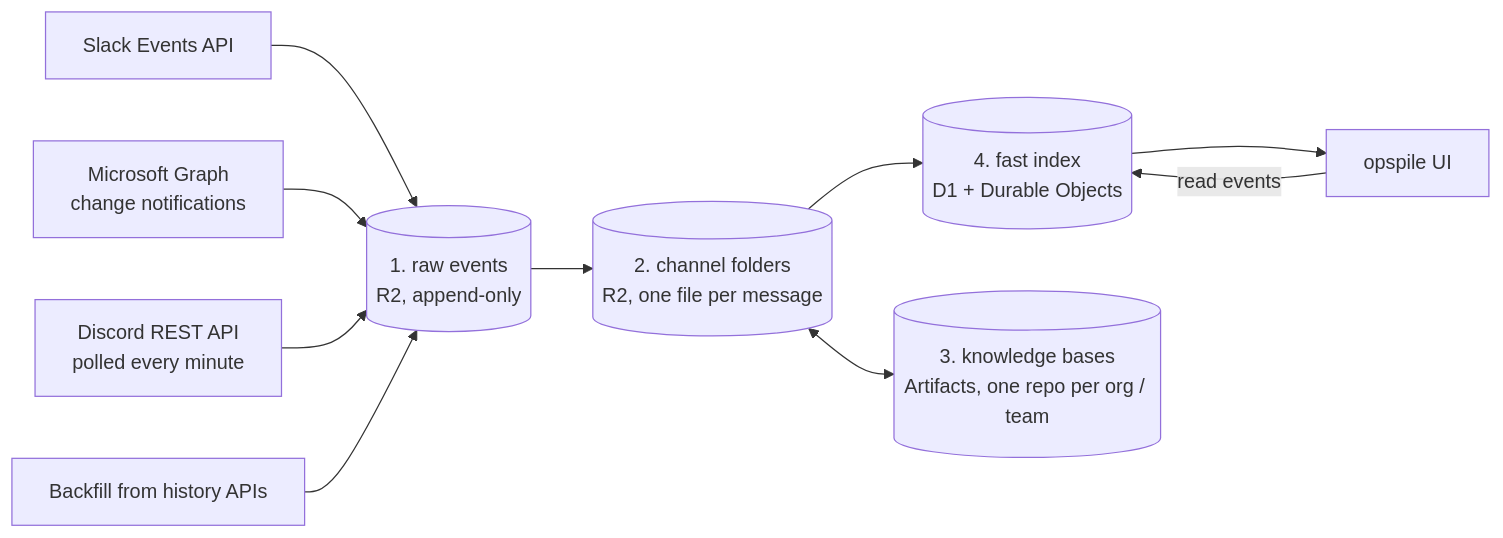
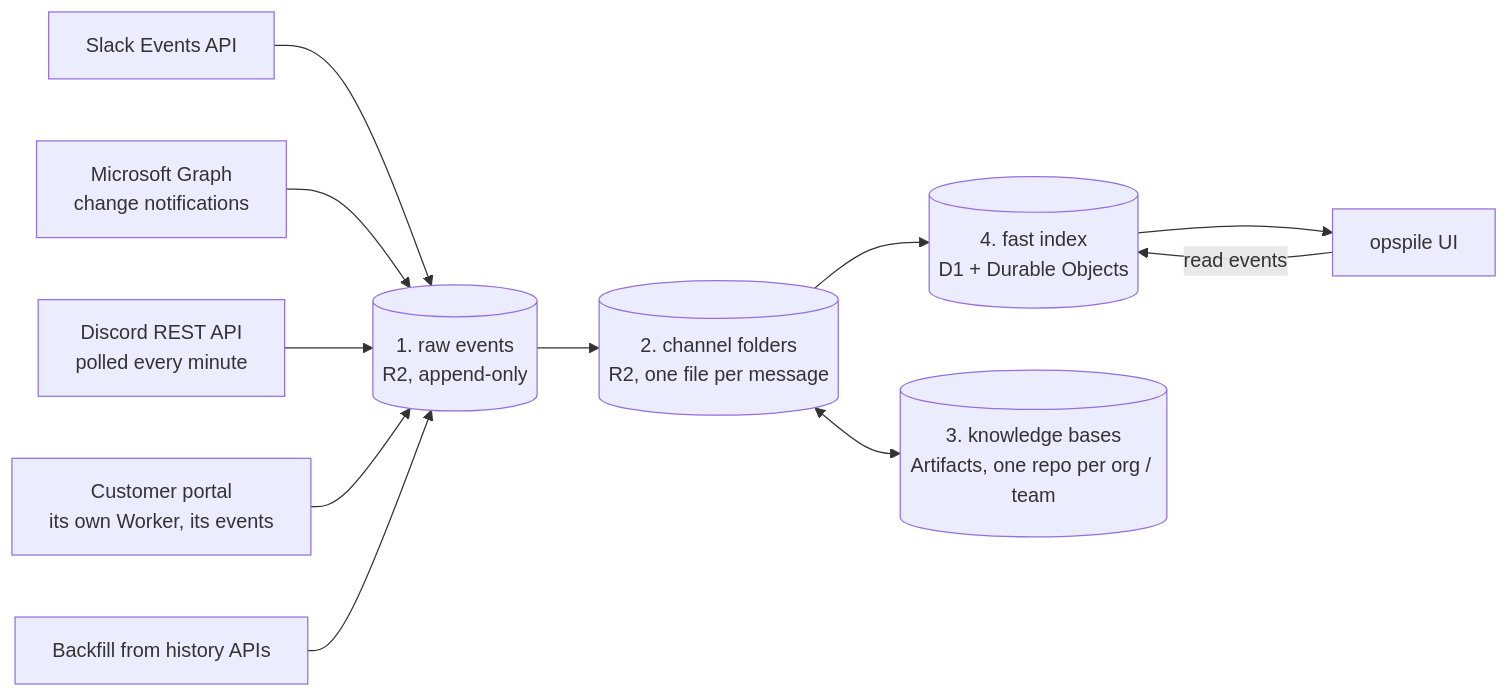
Before and after one commit to adobe/helix-opspile: the first of 2 diagrams in docs/ARCHITECTURE.md, drawn with Mermaid. The commit also changed other lines of this file and 60 other files, not shown here.

````diff
--- a/docs/ARCHITECTURE.md
+++ b/docs/ARCHITECTURE.md
@@ -18,12 +19,13 @@
 ```mermaid
 flowchart LR
   S[Slack Events API] --> R
   T[Microsoft Graph<br/>change notifications] --> R
   D[Discord REST API<br/>polled every minute] --> R
+  P[Customer portal<br/>its own Worker, its events] --> R
   B[Backfill from history APIs] --> R
   R[(1. raw events<br/>R2, append-only)] --> C
   C[(2. channel folders<br/>R2, one file per message)] --> I
   C <--> K[(3. knowledge bases<br/>Artifacts, one repo per org / team)]
   I[(4. fast index<br/>D1 + Durable Objects)] --> UI[opspile UI]
   UI -- read events --> I
 ```
````
